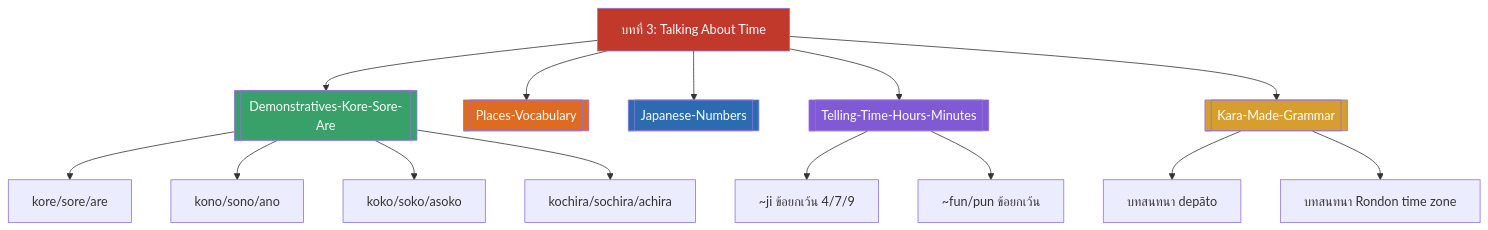
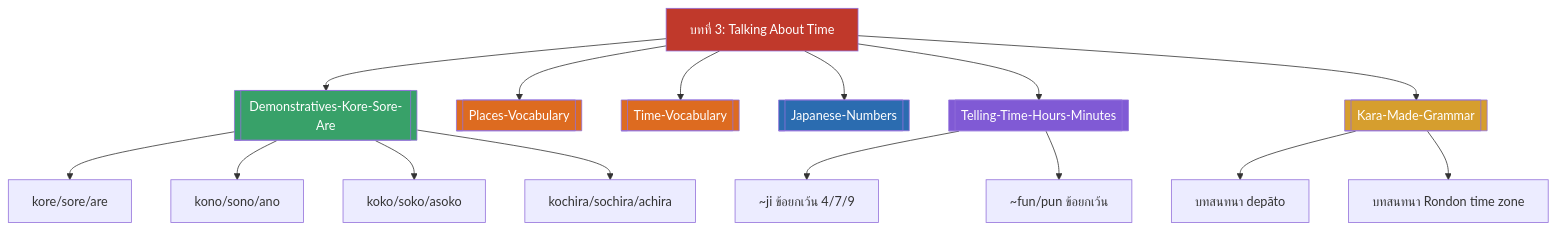
One commit to PhuriphatTyPeZ3r0/Course-JN60101-Japanese-for-Communication-1-2026 changed the diagram in 01_Lectures/Chapter3/Chapter3-MOC.md. Above: the diagram before and after it, drawn with Mermaid. The commit also changed other lines of this file and 4 other files, not shown here.

````diff
--- a/01_Lectures/Chapter3/Chapter3-MOC.md
+++ b/01_Lectures/Chapter3/Chapter3-MOC.md
@@ -33,24 +34,26 @@
 ```mermaid
 graph TD
     MOC[บทที่ 3: Talking About Time] --> A[[Demonstratives-Kore-Sore-Are]]
     MOC --> B[[Places-Vocabulary]]
+    MOC --> T[[Time-Vocabulary]]
     MOC --> C[[Japanese-Numbers]]
     MOC --> D[[Telling-Time-Hours-Minutes]]
     MOC --> E[[Kara-Made-Grammar]]
 
     A --> A1[kore/sore/are]
     A --> A2[kono/sono/ano]
     A --> A3[koko/soko/asoko]
     A --> A4[kochira/sochira/achira]
     D --> D1[~ji ข้อยกเว้น 4/7/9]
     D --> D2[~fun/pun ข้อยกเว้น]
     E --> E1[บทสนทนา depāto]
     E --> E2[บทสนทนา Rondon time zone]
 
     style MOC fill:#c0392b,color:#fff
     style A fill:#38a169,color:#fff
     style B fill:#dd6b20,color:#fff
+    style T fill:#dd6b20,color:#fff
     style C fill:#2b6cb0,color:#fff
     style D fill:#805ad5,color:#fff
     style E fill:#d69e2e,color:#fff
 ```
````
